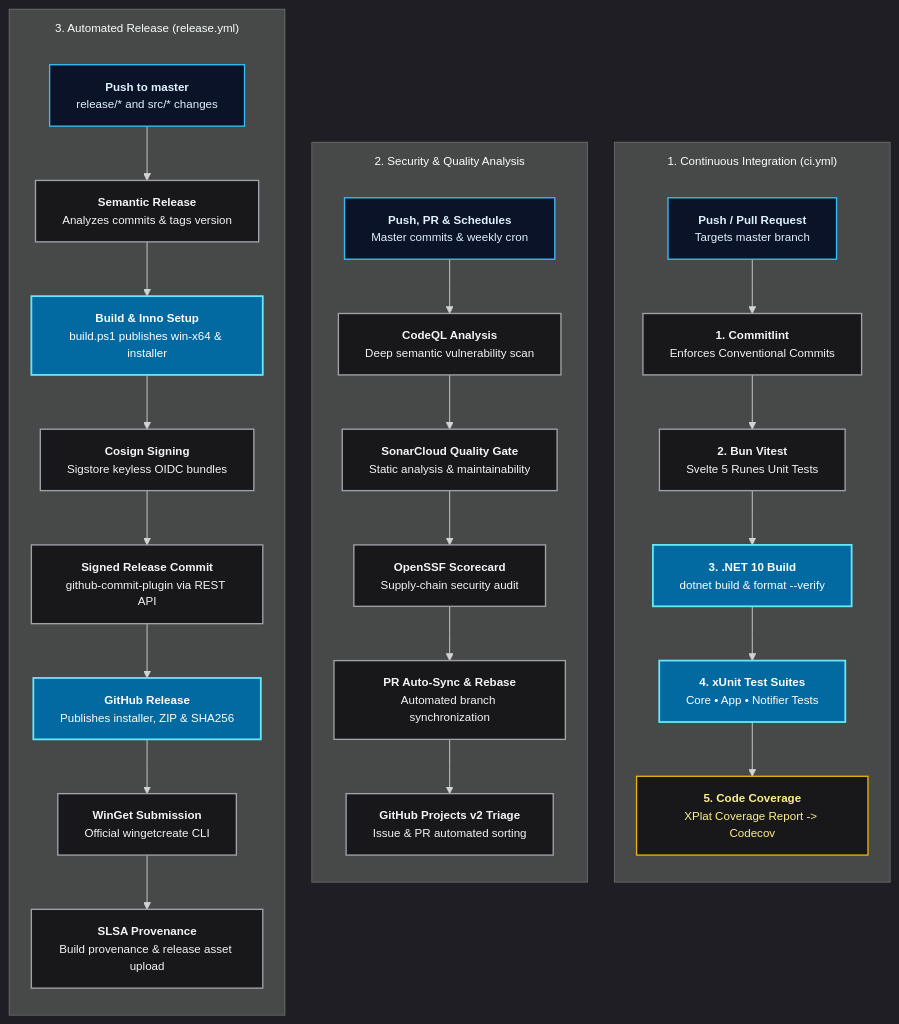
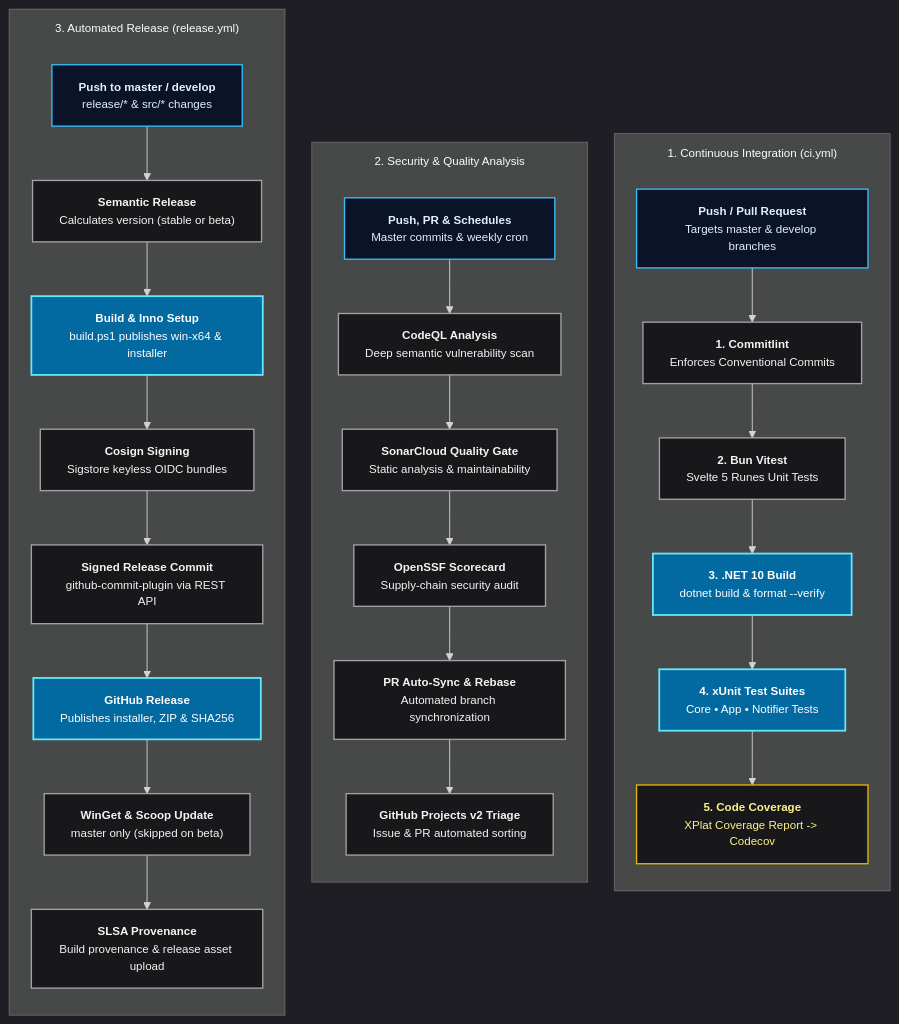
Before and after one commit to Nicconike/LocalTelemetry: the diagram in docs/latest/developer-guide/ci-cd.md, drawn with Mermaid. The commit also changed other lines of this file and 13 other files, not shown here.

````diff
--- a/docs/latest/developer-guide/ci-cd.md
+++ b/docs/latest/developer-guide/ci-cd.md
@@ -23,68 +23,68 @@
 ```mermaid
 %%{init: {'theme': 'dark', 'themeVariables': {'fontSize': '13px'}, 'flowchart': {'nodeSpacing': 30, 'rankSpacing': 36, 'subGraphTitleMargin': {'top': 12, 'bottom': 20}, 'curve': 'linear'}}}%%
 flowchart TD
     %% COLUMN 1: CONTINUOUS INTEGRATION
     subgraph TrackCI["1. Continuous Integration (ci.yml)"]
         direction TB
-        TriggerCI["<b>Push / Pull Request</b><br/>Targets master branch"]
+        TriggerCI["<b>Push / Pull Request</b><br/>Targets master & develop branches"]
         Commitlint["<b>1. Commitlint</b><br/>Enforces Conventional Commits"]
         Vitest["<b>2. Bun Vitest</b><br/>Svelte 5 Runes Unit Tests"]
         DotNetBuild["<b>3. .NET 10 Build</b><br/>dotnet build & format --verify"]
         DotNetTest["<b>4. xUnit Test Suites</b><br/>Core • App • Notifier Tests"]
         Coverage["<b>5. Code Coverage</b><br/>XPlat Coverage Report -> Codecov"]
 
         TriggerCI --> Commitlint
         Commitlint --> Vitest
         Vitest --> DotNetBuild
         DotNetBuild --> DotNetTest
         DotNetTest --> Coverage
     end
 
     %% COLUMN 2: CODE QUALITY & SECURITY
     subgraph TrackQuality["2. Security & Quality Analysis"]
         direction TB
         TriggerQuality["<b>Push, PR & Schedules</b><br/>Master commits & weekly cron"]
         CodeQL["<b>CodeQL Analysis</b><br/>Deep semantic vulnerability scan"]
         Sonar["<b>SonarCloud Quality Gate</b><br/>Static analysis & maintainability"]
         Scorecard["<b>OpenSSF Scorecard</b><br/>Supply-chain security audit"]
         SyncPR["<b>PR Auto-Sync & Rebase</b><br/>Automated branch synchronization"]
         Triage["<b>GitHub Projects v2 Triage</b><br/>Issue & PR automated sorting"]
 
         TriggerQuality --> CodeQL
         CodeQL --> Sonar
         Sonar --> Scorecard
         Scorecard --> SyncPR
         SyncPR --> Triage
     end
 
     %% COLUMN 3: AUTOMATED RELEASE PIPELINE
     subgraph TrackRelease["3. Automated Release (release.yml)"]
         direction TB
-        TriggerRelease["<b>Push to master</b><br/>release/* and src/* changes"]
-        SemRel["<b>Semantic Release</b><br/>Analyzes commits & tags version"]
+        TriggerRelease["<b>Push to master / develop</b><br/>release/* & src/* changes"]
+        SemRel["<b>Semantic Release</b><br/>Calculates version (stable or beta)"]
         BuildPkg["<b>Build & Inno Setup</b><br/>build.ps1 publishes win-x64 & installer"]
         CosignSign["<b>Cosign Signing</b><br/>Sigstore keyless OIDC bundles"]
         SignedCommit["<b>Signed Release Commit</b><br/>github-commit-plugin via REST API"]
         GHRelease["<b>GitHub Release</b><br/>Publishes installer, ZIP & SHA256"]
-        WinGet["<b>WinGet Submission</b><br/>Official wingetcreate CLI"]
+        WinGet["<b>WinGet & Scoop Update</b><br/>master only (skipped on beta)"]
         Attestation["<b>SLSA Provenance</b><br/>Build provenance & release asset upload"]
 
         TriggerRelease --> SemRel
         SemRel --> BuildPkg
         BuildPkg --> CosignSign
         CosignSign --> SignedCommit
         SignedCommit --> GHRelease
         GHRelease --> WinGet
         WinGet --> Attestation
     end
 
     class TriggerCI,TriggerQuality,TriggerRelease triggerNode
     class Commitlint,Vitest,CodeQL,Sonar,Scorecard,SyncPR,Triage,SemRel,CosignSign,SignedCommit,WinGet,Attestation stepNode
     class DotNetBuild,DotNetTest,BuildPkg,GHRelease buildNode
     class Coverage dataNode
 
     classDef triggerNode fill:#0b1329,stroke:#38bdf8,stroke-width:1.5px,color:#e0f2fe
     classDef stepNode fill:#18181b,stroke:#a1a1aa,stroke-width:1.5px,color:#f4f4f5
     classDef buildNode fill:#0369a1,stroke:#67e8f9,stroke-width:2px,color:#ffffff
     classDef dataNode fill:#18181b,stroke:#eab308,stroke-width:1.5px,color:#fef08a
 ```
````
